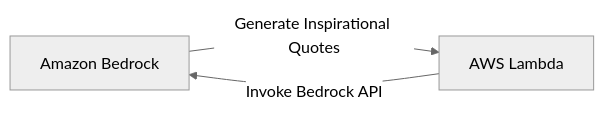
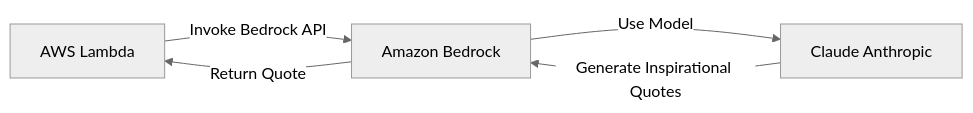
One commit to DigitalDenCloud/digitaldencloud.github.io changed the seventh of 12 diagrams in _posts/2024/2024-07-14-build-genai-integrated-serverless-contact-forms-for-static-websites-with-aws-lambda-api-gateway-bedrock-and-ses.md. Above: the diagram before and after it, drawn with Mermaid (neutral theme). The commit also changed other lines of this file, not shown here.

````diff
--- a/_posts/2024/2024-07-14-build-genai-integrated-serverless-contact-forms-for-static-websites-with-aws-lambda-api-gateway-bedrock-and-ses.md
+++ b/_posts/2024/2024-07-14-build-genai-integrated-serverless-contact-forms-for-static-websites-with-aws-lambda-api-gateway-bedrock-and-ses.md
@@ -831,5 +840,7 @@
 ```mermaid
 flowchart LR
-    Bedrock[Amazon Bedrock] -->|Generate Inspirational Quotes| Lambda[AWS Lambda]
-    Lambda -->|Invoke Bedrock API| Bedrock
+    Lambda[AWS Lambda] -->|Invoke Bedrock API| Bedrock[Amazon Bedrock]
+    Bedrock -->|Use Model| Claude[Claude Anthropic]
+    Claude -->|Generate Inspirational Quotes| Bedrock
+    Bedrock -->|Return Quote| Lambda
 ```
````
